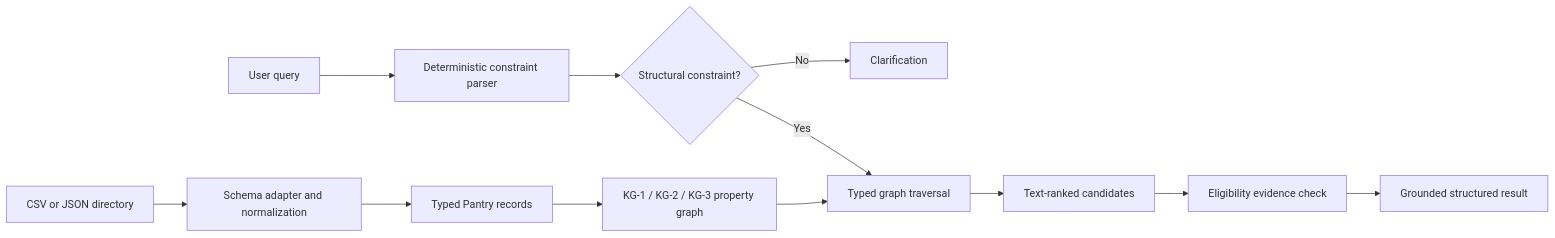
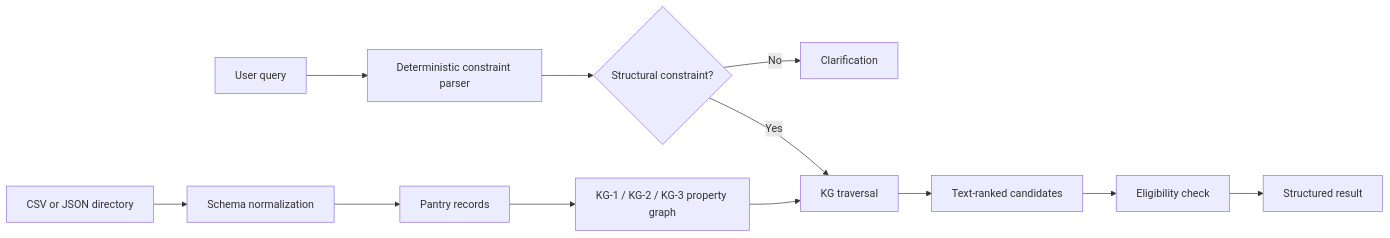
Before and after one commit to touseefhasan/trace-public-service: the diagram in README.md, drawn with Mermaid. The commit also changed other lines of this file, not shown here.

Commit message:
Refine architecture diagram and text in README
Updated architecture diagram and clarified text.

````diff
--- a/README.md
+++ b/README.md
@@ -17,14 +17,14 @@
 ```mermaid
 flowchart LR
-    S["CSV or JSON directory"] --> I["Schema adapter and normalization"]
-    I --> P["Typed Pantry records"]
+    S["CSV or JSON directory"] --> I["Schema normalization"]
+    I --> P["Pantry records"]
     P --> G["KG-1 / KG-2 / KG-3 property graph"]
     Q["User query"] --> C["Deterministic constraint parser"]
     C --> X{"Structural constraint?"}
     X -- No --> CL["Clarification"]
-    X -- Yes --> T["Typed graph traversal"]
+    X -- Yes --> T["KG traversal"]
     G --> T
     T --> R["Text-ranked candidates"]
-    R --> E["Eligibility evidence check"]
-    E --> O["Grounded structured result"]
+    R --> E["Eligibility check"]
+    E --> O["Structured result"]
 ```
````
